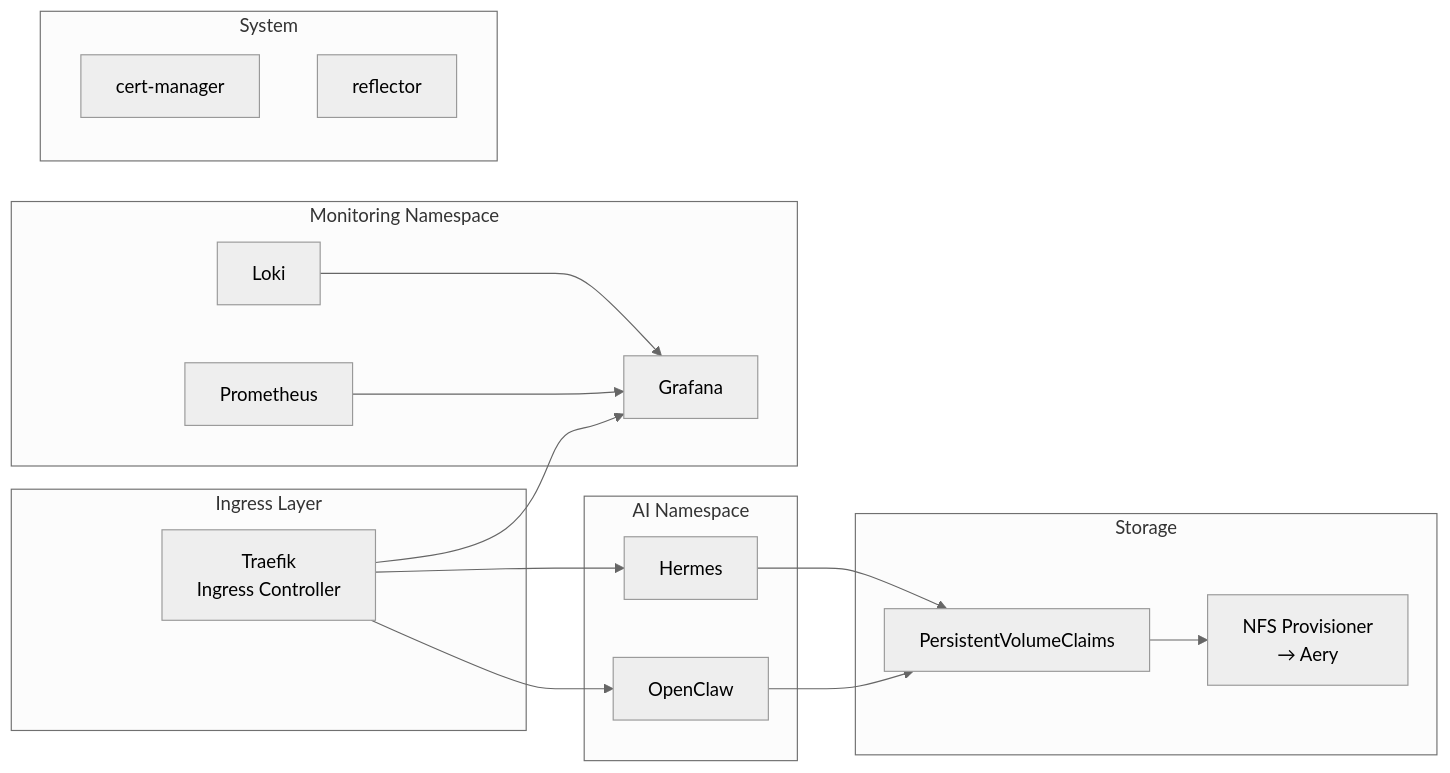
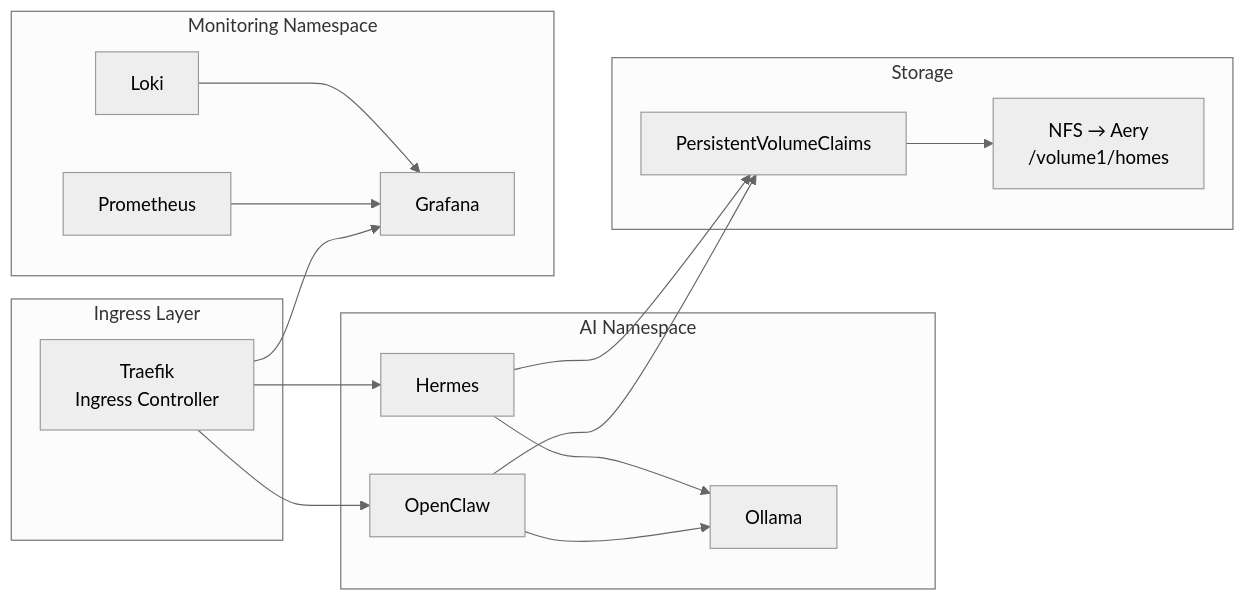
One commit to SethSterling22/HomeLab_Architecture changed the third of 4 diagrams in README.md. Above: the diagram before and after it, drawn with Mermaid (neutral theme). The commit also changed other lines of this file, not shown here.

````diff
--- a/README.md
+++ b/README.md
@@ -144,36 +155,34 @@
 ```mermaid
 graph LR
     subgraph ingress["Ingress Layer"]
         TRAEFIK["Traefik\nIngress Controller"]
     end
-
+ 
     subgraph ai["AI Namespace"]
         OC["OpenClaw"]
         HM["Hermes"]
+        OL["Ollama"]
     end
-
+ 
     subgraph storage["Storage"]
         PVC["PersistentVolumeClaims"]
-        NFS["NFS Provisioner\n→ Aery"]
+        NFS["NFS → Aery\n/volume1/homes"]
     end
-
+ 
     subgraph monitoring["Monitoring Namespace"]
         PROM["Prometheus"]
         GRAF["Grafana"]
         LOKI["Loki"]
     end
-
-    subgraph system["System"]
-        CERT["cert-manager"]
-        REFL["reflector"]
-    end
-
+ 
     TRAEFIK --> OC
     TRAEFIK --> HM
     TRAEFIK --> GRAF
+    OC --> OL
+    HM --> OL
     OC --> PVC
     HM --> PVC
     PVC --> NFS
     PROM --> GRAF
     LOKI --> GRAF
 ```
````
